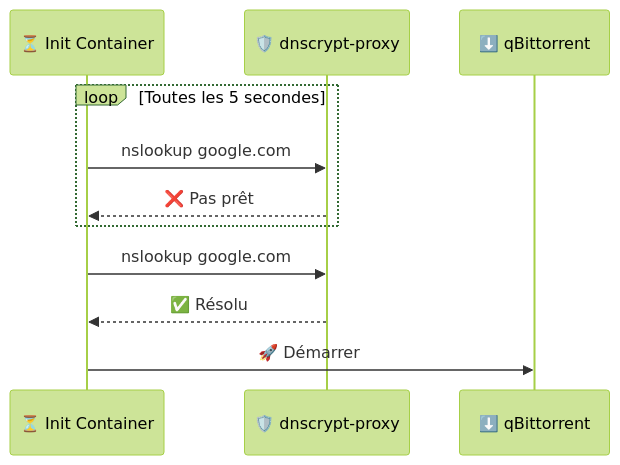
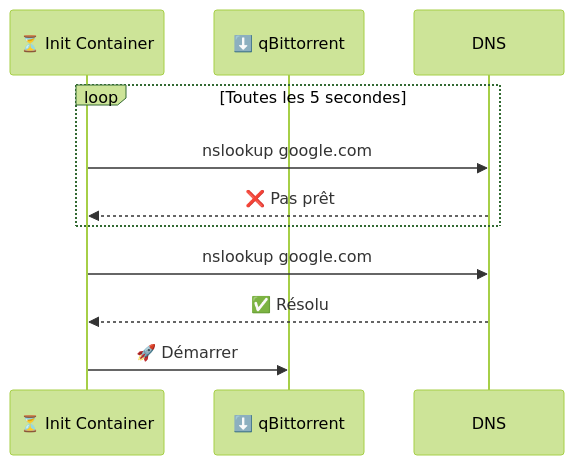
The third of 4 diagrams in charts/qbittorrent/README.md (muchiny/media-stack-k8s), drawn with Mermaid (forest theme) before and after one commit. The commit also changed other lines of this file and 20 other files, not shown here.

````diff
--- a/charts/qbittorrent/README.md
+++ b/charts/qbittorrent/README.md
@@ -121,14 +118,13 @@
 ```mermaid
 sequenceDiagram
     participant Init as ⏳ Init Container
-    participant DNS as 🛡️ dnscrypt-proxy
     participant QB as ⬇️ qBittorrent
 
     loop Toutes les 5 secondes
         Init->>DNS: nslookup google.com
         DNS-->>Init: ❌ Pas prêt
     end
     Init->>DNS: nslookup google.com
     DNS-->>Init: ✅ Résolu
     Init->>QB: 🚀 Démarrer
 ```
````
